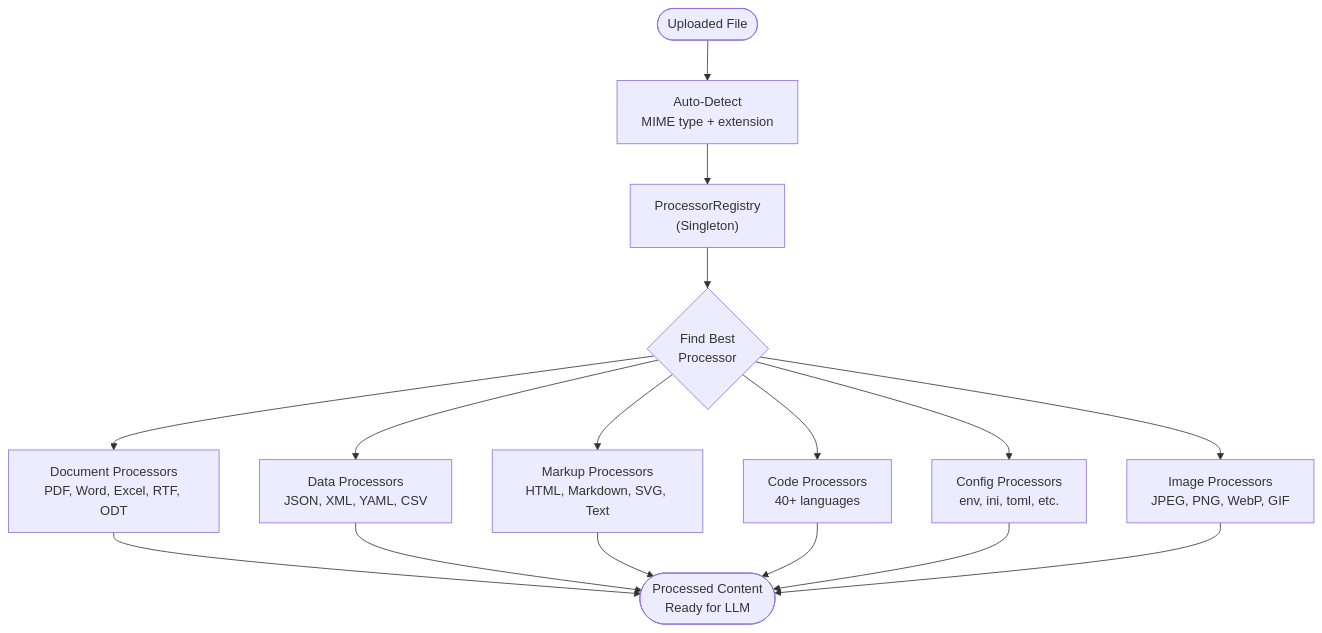
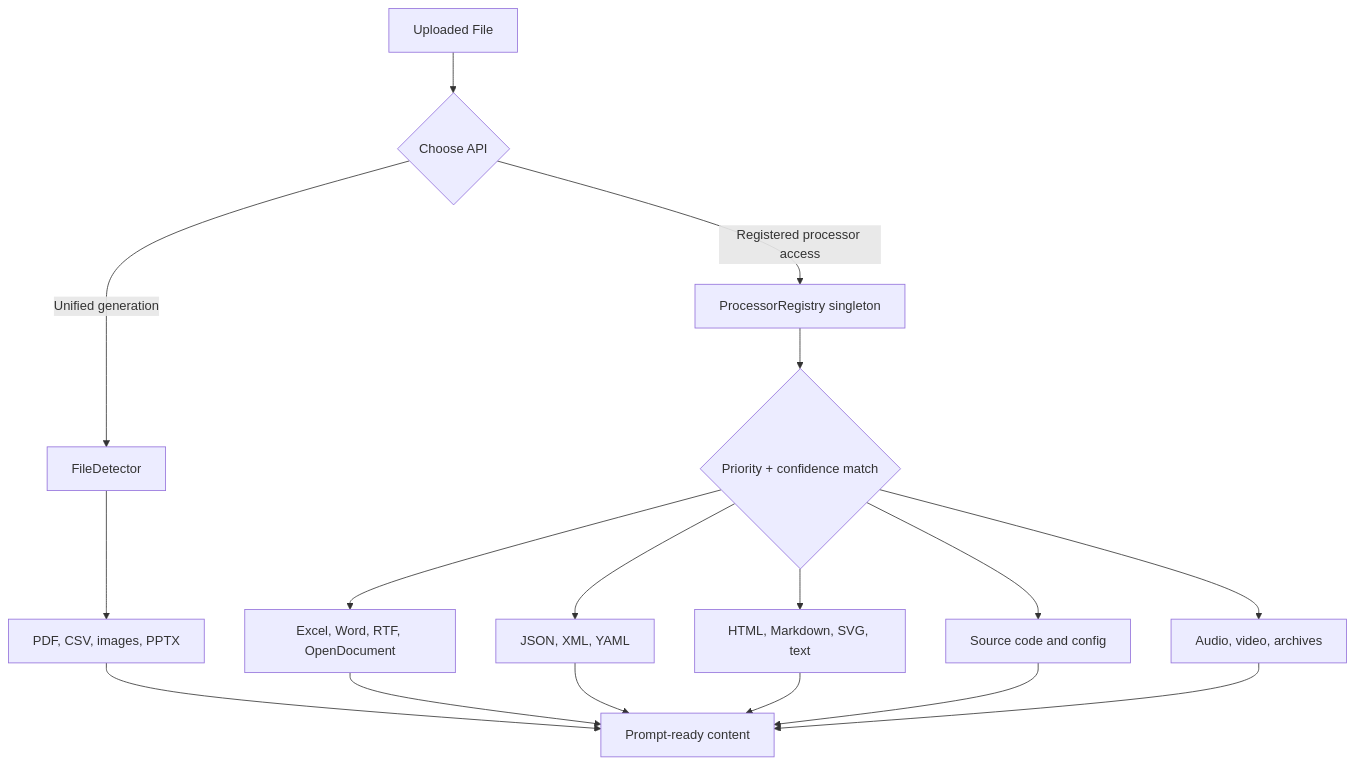
One commit to juspay/neurolink-blog changed the diagram in _posts/2025-10-16-processing-any-document-50-file-types.md. Above: the diagram before and after it, drawn with Mermaid. The commit also changed other lines of this file and 172 other files, not shown here.

````diff
--- a/_posts/2025-10-16-processing-any-document-50-file-types.md
+++ b/_posts/2025-10-16-processing-any-document-50-file-types.md
@@ -39,15 +39,14 @@
 ```mermaid
 flowchart TB
-    FILE(["Uploaded File"]) --> DETECT["Auto-Detect<br/>MIME type + extension"]
-    DETECT --> REGISTRY["ProcessorRegistry<br/>(Singleton)"]
-    REGISTRY --> MATCH{"Find Best<br/>Processor"}
-
-    MATCH --> DOC["Document Processors<br/>PDF, Word, Excel, RTF, ODT"]
-    MATCH --> DATA["Data Processors<br/>JSON, XML, YAML, CSV"]
-    MATCH --> MARKUP["Markup Processors<br/>HTML, Markdown, SVG, Text"]
-    MATCH --> CODE["Code Processors<br/>40+ languages"]
-    MATCH --> CONFIG["Config Processors<br/>env, ini, toml, etc."]
-    MATCH --> IMG["Image Processors<br/>JPEG, PNG, WebP, GIF"]
-
-    DOC & DATA & MARKUP & CODE & CONFIG & IMG --> RESULT(["Processed Content<br/>Ready for LLM"])
+    FILE["Uploaded File"] --> API{"Choose API"}
+    API -->|"Unified generation"| DETECTOR["FileDetector"]
+    API -->|"Registered processor access"| REGISTRY["ProcessorRegistry singleton"]
+    DETECTOR --> LEGACY["PDF, CSV, images, PPTX"]
+    REGISTRY --> MATCH{"Priority + confidence match"}
+    MATCH --> DOC["Excel, Word, RTF, OpenDocument"]
+    MATCH --> DATA["JSON, XML, YAML"]
+    MATCH --> MARKUP["HTML, Markdown, SVG, text"]
+    MATCH --> CODE["Source code and config"]
+    MATCH --> MEDIA["Audio, video, archives"]
+    LEGACY & DOC & DATA & MARKUP & CODE & MEDIA --> RESULT["Prompt-ready content"]
 ```
````
